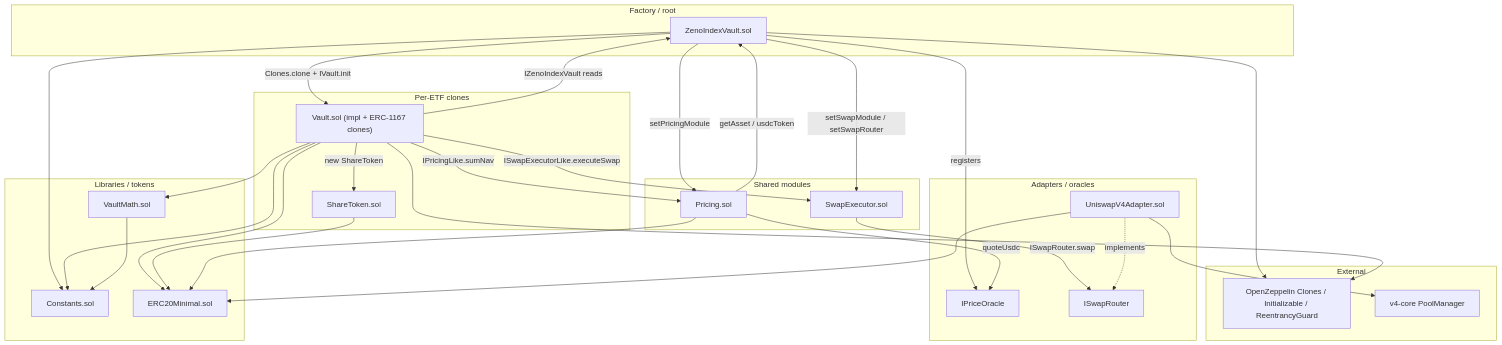
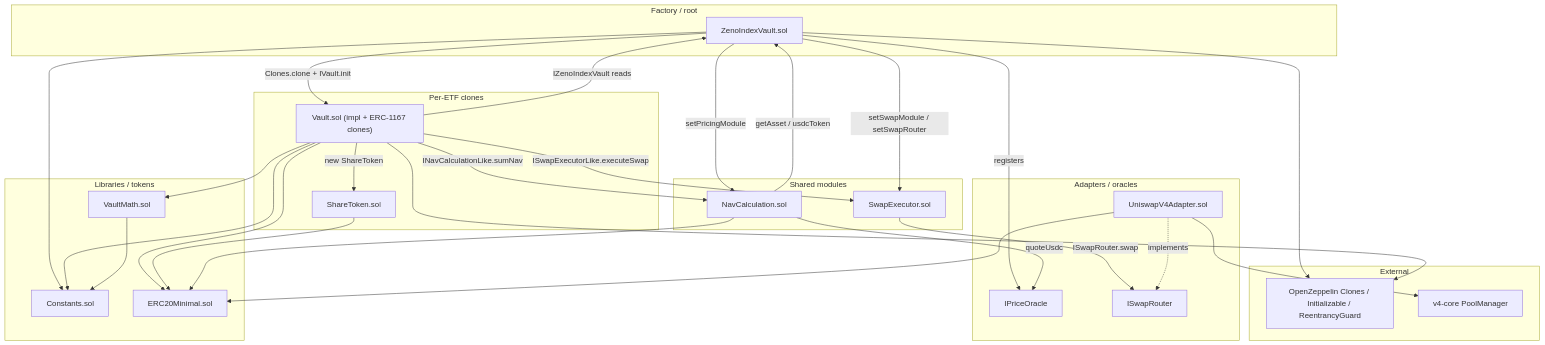
One commit to CyreneAI/zenoindex-evm changed the diagram in README.md. Above: the diagram before and after it, drawn with Mermaid. The commit also changed other lines of this file and 7 other files, not shown here.

Commit message:
Refactor pricing module integration by replacing `Pricing` with `NavCalculation`. Updated contract interfaces, deployment scripts, and README documentation to reflect the new NAV calculation module. Removed obsolete `Pricing` contract and associated tests to streamline the codebase.

````diff
--- a/README.md
+++ b/README.md
@@ -7,61 +7,61 @@
 ```mermaid
 flowchart TB
   subgraph Root["Factory / root"]
     ZIV["ZenoIndexVault.sol"]
   end
 
   subgraph Clones["Per-ETF clones"]
     V["Vault.sol (impl + ERC-1167 clones)"]
     ST["ShareToken.sol"]
   end
 
   subgraph Singletons["Shared modules"]
-    P["Pricing.sol"]
+    P["NavCalculation.sol"]
     SM["SwapExecutor.sol"]
   end
 
   subgraph Adapters["Adapters / oracles"]
     V4["UniswapV4Adapter.sol"]
     OR["IPriceOracle"]
     SR["ISwapRouter"]
   end
 
   subgraph Libs["Libraries / tokens"]
     VM["VaultMath.sol"]
     C["Constants.sol"]
     E20["ERC20Minimal.sol"]
   end
 
   subgraph Ext["External"]
     OZ["OpenZeppelin Clones / Initializable / ReentrancyGuard"]
     V4C["v4-core PoolManager"]
   end
 
   ZIV -->|Clones.clone + IVault.init| V
   ZIV -->|setPricingModule| P
   ZIV -->|setSwapModule / setSwapRouter| SM
   ZIV -->|registers| OR
   ZIV --> C
   ZIV --> OZ
 
   V -->|new ShareToken| ST
   V -->|IZenoIndexVault reads| ZIV
-  V -->|IPricingLike.sumNav| P
+  V -->|INavCalculationLike.sumNav| P
   V -->|ISwapExecutorLike.executeSwap| SM
   V --> VM
   V --> C
   V --> E20
   V --> OZ
 
   ST --> E20
   P -->|getAsset / usdcToken| ZIV
   P -->|quoteUsdc| OR
   P --> E20
 
   SM -->|ISwapRouter.swap| SR
   V4 -.->|implements| SR
   V4 --> E20
   V4 --> V4C
 
   VM --> C
 ```
````
